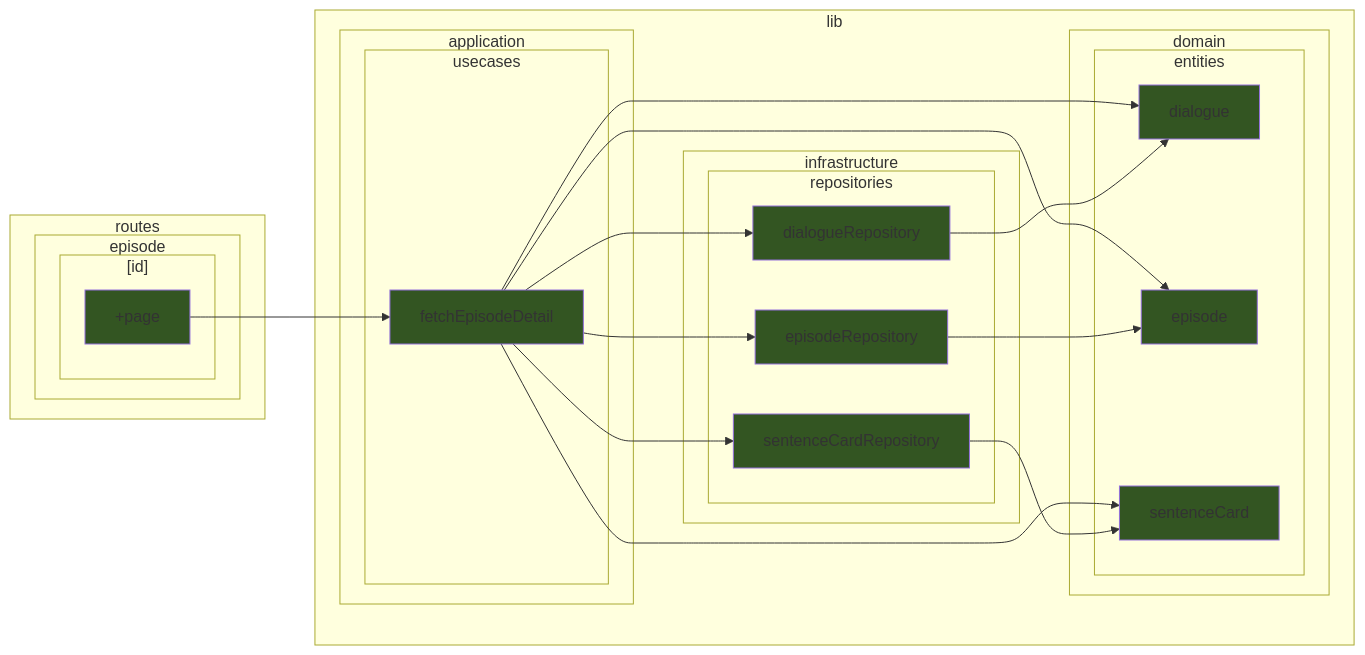
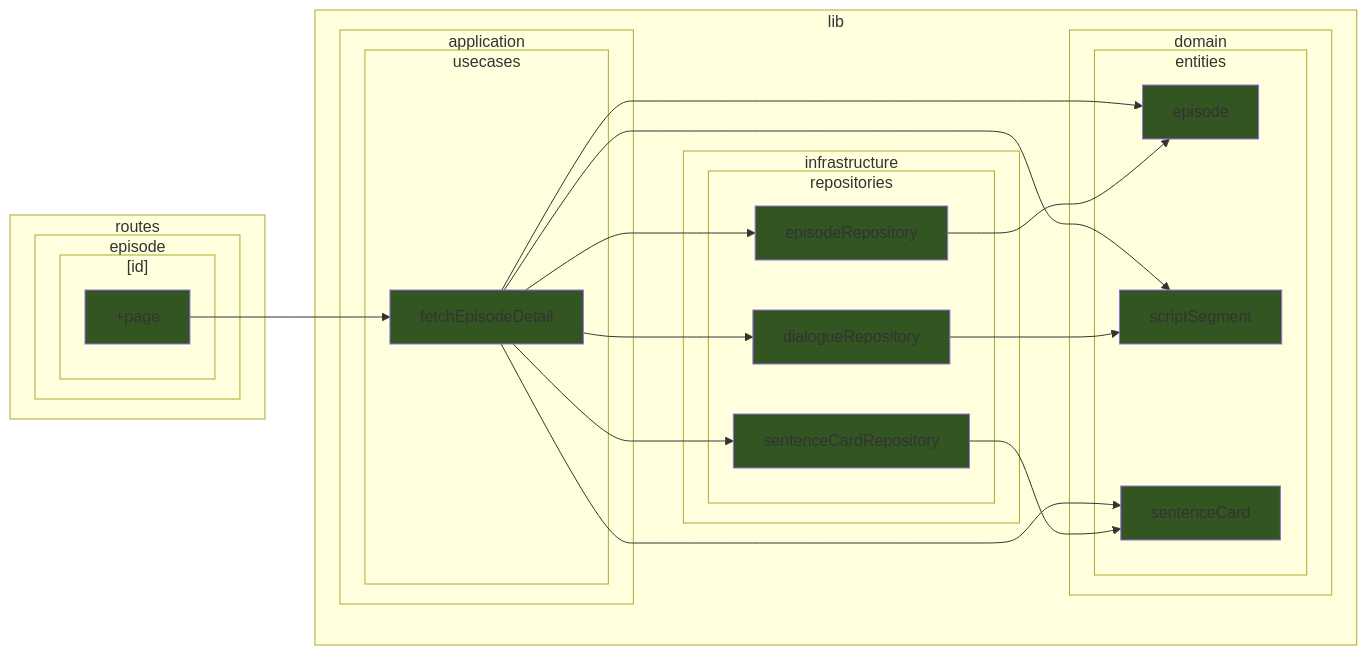
One commit to k5n/kotonoha changed diagram 18 of 39 in doc/dependency-graph.md. Above: the diagram before and after it, drawn with Mermaid. The commit also changed other lines of this file and 32 other files, not shown here.

````diff
--- a/doc/dependency-graph.md
+++ b/doc/dependency-graph.md
@@ -967,52 +967,52 @@
 ```mermaid
 graph LR
     classDef cssSvelteComponent fill:#325;
     classDef cssSvelteScript fill:#535;
     classDef cssTypeScript fill:#352;
         subgraph sg_lib ["lib"]
             subgraph sg_lib_application ["application"]
                 subgraph sg_lib_application_usecases ["usecases"]
                     src_lib_application_usecases_fetchEpisodeDetail_ts["fetchEpisodeDetail"]
                 end
             end
             subgraph sg_lib_domain ["domain"]
                 subgraph sg_lib_domain_entities ["entities"]
-                    src_lib_domain_entities_dialogue_ts["dialogue"]
                     src_lib_domain_entities_episode_ts["episode"]
+                    src_lib_domain_entities_scriptSegment_ts["scriptSegment"]
                     src_lib_domain_entities_sentenceCard_ts["sentenceCard"]
                 end
             end
             subgraph sg_lib_infrastructure ["infrastructure"]
                 subgraph sg_lib_infrastructure_repositories ["repositories"]
                     src_lib_infrastructure_repositories_dialogueRepository_ts["dialogueRepository"]
                     src_lib_infrastructure_repositories_episodeRepository_ts["episodeRepository"]
                     src_lib_infrastructure_repositories_sentenceCardRepository_ts["sentenceCardRepository"]
                 end
             end
         end
         subgraph sg_routes ["routes"]
             subgraph sg_routes_episode ["episode"]
                 subgraph sg_routes_episode__id_ ["[id]"]
                     src_routes_episode__id___page_ts["+page"]
                 end
             end
         end
-    src_lib_application_usecases_fetchEpisodeDetail_ts --> src_lib_domain_entities_dialogue_ts
     src_lib_application_usecases_fetchEpisodeDetail_ts --> src_lib_domain_entities_episode_ts
+    src_lib_application_usecases_fetchEpisodeDetail_ts --> src_lib_domain_entities_scriptSegment_ts
     src_lib_application_usecases_fetchEpisodeDetail_ts --> src_lib_domain_entities_sentenceCard_ts
     src_lib_application_usecases_fetchEpisodeDetail_ts --> src_lib_infrastructure_repositories_dialogueRepository_ts
     src_lib_application_usecases_fetchEpisodeDetail_ts --> src_lib_infrastructure_repositories_episodeRepository_ts
     src_lib_application_usecases_fetchEpisodeDetail_ts --> src_lib_infrastructure_repositories_sentenceCardRepository_ts
-    src_lib_infrastructure_repositories_dialogueRepository_ts --> src_lib_domain_entities_dialogue_ts
+    src_lib_infrastructure_repositories_dialogueRepository_ts --> src_lib_domain_entities_scriptSegment_ts
     src_lib_infrastructure_repositories_episodeRepository_ts --> src_lib_domain_entities_episode_ts
     src_lib_infrastructure_repositories_sentenceCardRepository_ts --> src_lib_domain_entities_sentenceCard_ts
     src_routes_episode__id___page_ts --> src_lib_application_usecases_fetchEpisodeDetail_ts
     class src_lib_application_usecases_fetchEpisodeDetail_ts cssTypeScript
-    class src_lib_domain_entities_dialogue_ts cssTypeScript
     class src_lib_domain_entities_episode_ts cssTypeScript
+    class src_lib_domain_entities_scriptSegment_ts cssTypeScript
     class src_lib_domain_entities_sentenceCard_ts cssTypeScript
     class src_lib_infrastructure_repositories_dialogueRepository_ts cssTypeScript
     class src_lib_infrastructure_repositories_episodeRepository_ts cssTypeScript
     class src_lib_infrastructure_repositories_sentenceCardRepository_ts cssTypeScript
     class src_routes_episode__id___page_ts cssTypeScript
 ```
````
